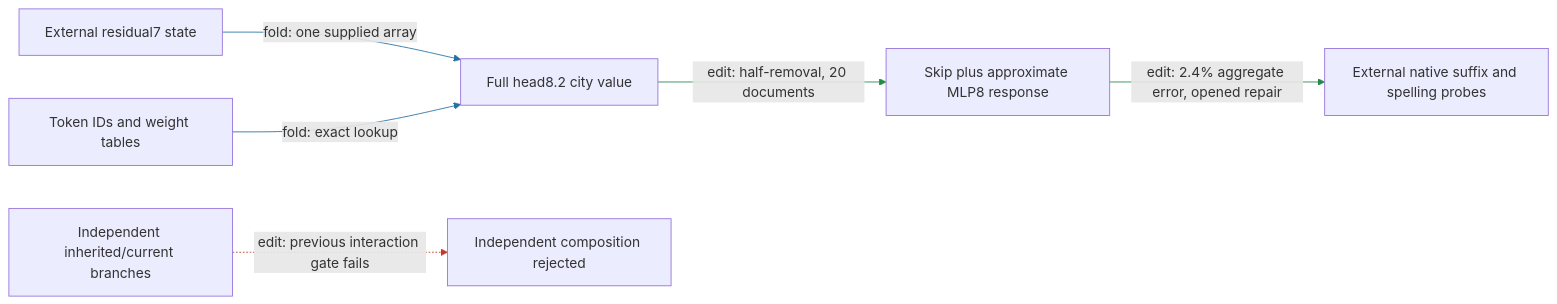
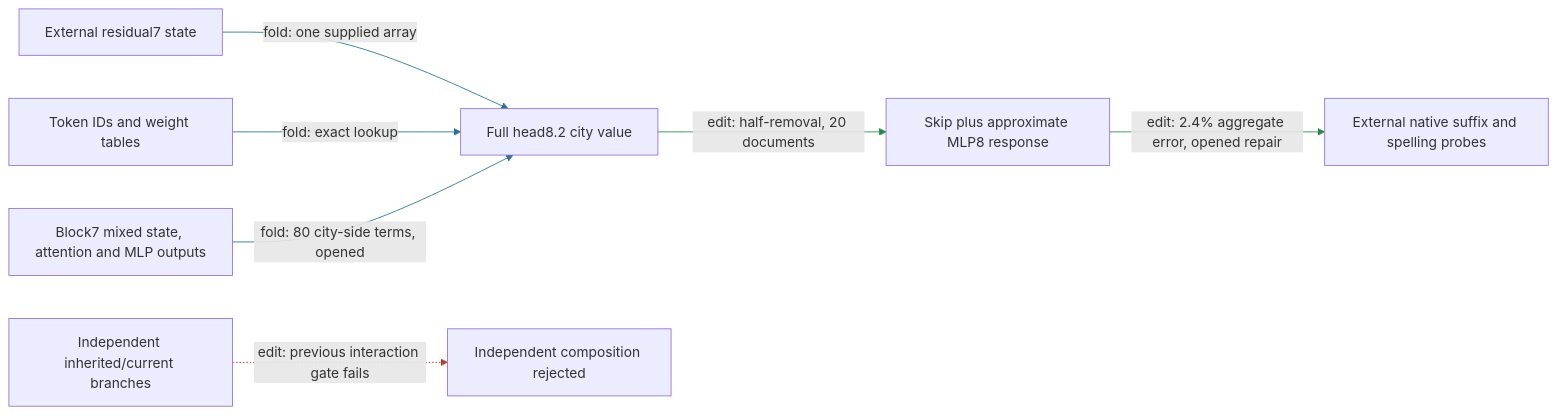
One commit to loganriggs/tensor_language changed the diagram in basis_aligned/polynomial_causal/explanations/for_logan/research_update_2026-09-18_0033_pile_transfer.md. Above: the diagram before and after it, drawn with Mermaid. The commit also changed other lines of this file and 8 other files, not shown here.

Commit message:
Trace regional city-side inputs through block7 with paired source accounting

````diff
--- a/basis_aligned/polynomial_causal/explanations/for_logan/research_update_2026-09-18_0033_pile_transfer.md
+++ b/basis_aligned/polynomial_causal/explanations/for_logan/research_update_2026-09-18_0033_pile_transfer.md
@@ -5,11 +5,13 @@
 ```mermaid
 flowchart LR
  R[External residual7 state] -->|fold: one supplied array| H[Full head8.2 city value]
  T[Token IDs and weight tables] -->|fold: exact lookup| H
  H -->|edit: half-removal, 20 documents| M[Skip plus approximate MLP8 response]
  M -->|edit: 2.4% aggregate error, opened repair| S[External native suffix and spelling probes]
+ U[Block7 mixed state, attention and MLP outputs] -->|fold: 80 city-side terms, opened| H
  B[Independent inherited/current branches] -.->|edit: previous interaction gate fails| F[Independent composition rejected]
  linkStyle 0,1 stroke:#2471a3
  linkStyle 2,3 stroke:#238b45
- linkStyle 4 stroke:#c0392b
+ linkStyle 4 stroke:#2471a3
+ linkStyle 5 stroke:#c0392b
 ```
````
